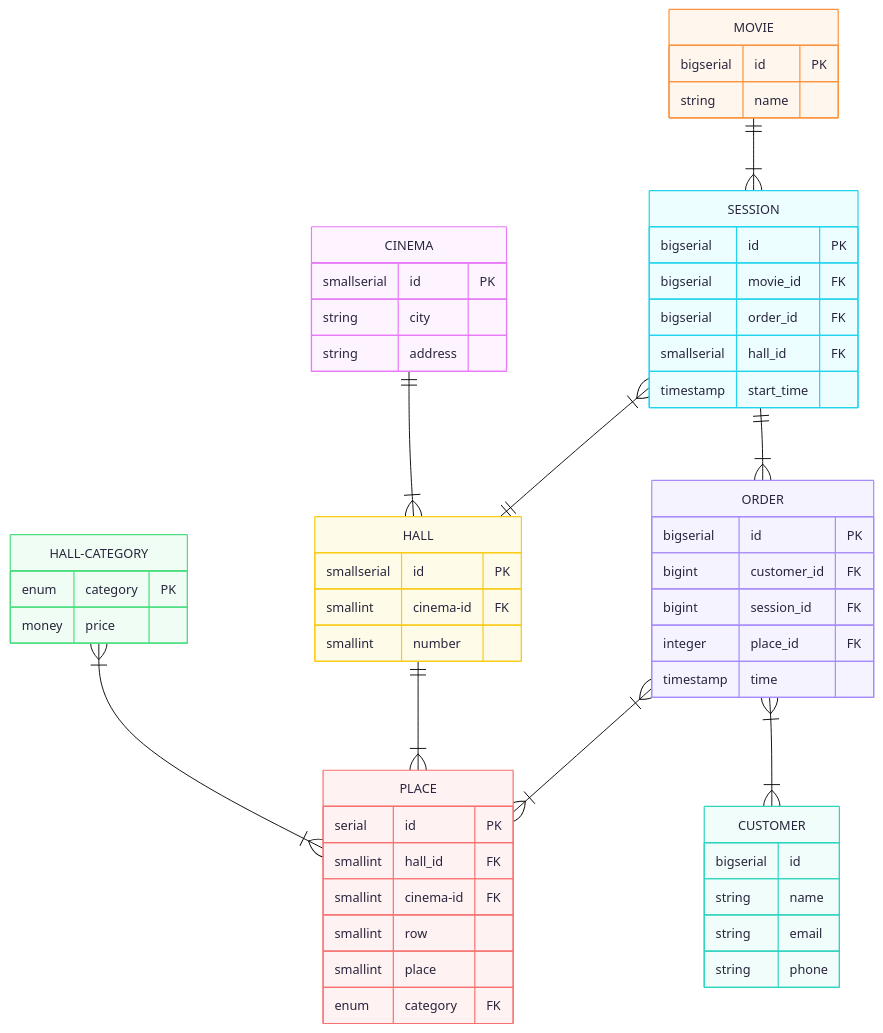
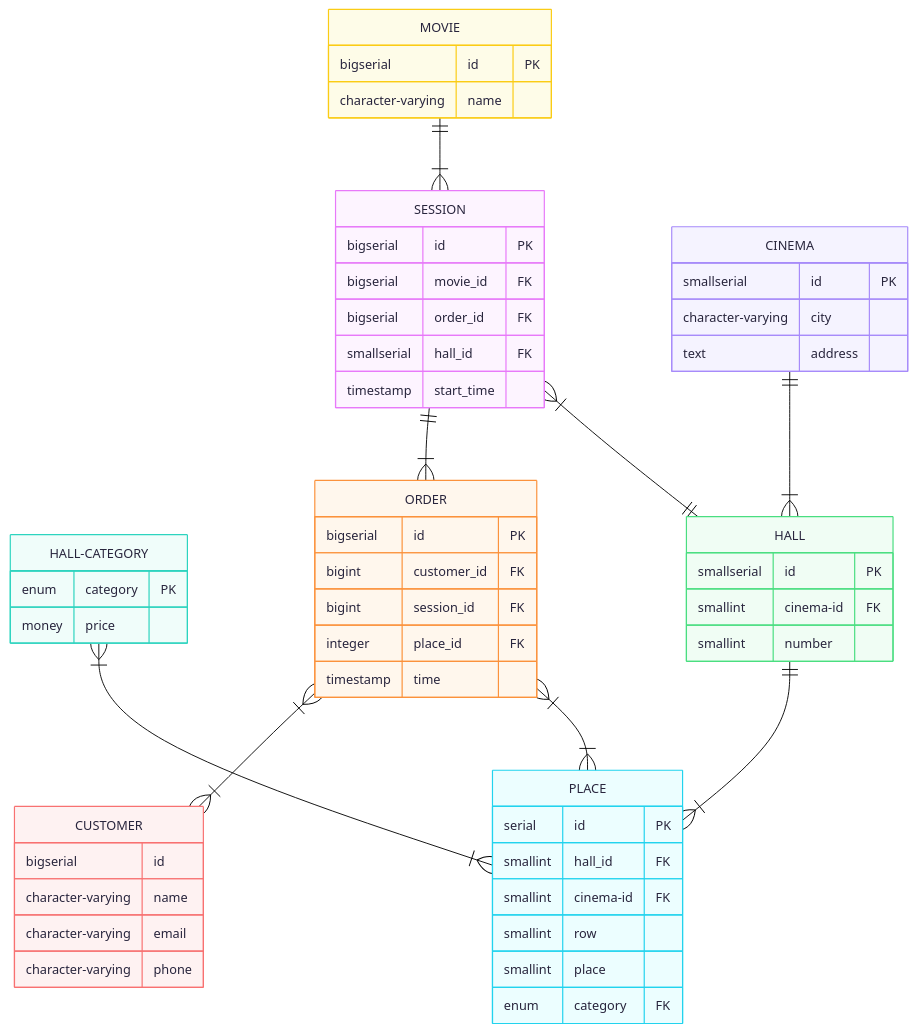
One commit to otusteamedu/PHP_2025 changed the diagram in cinema.mmd. Above: the diagram before and after it, drawn with Mermaid.

Commit message:
feat(database schema): Changed string data types in tables

```diff
--- a/cinema.mmd
+++ b/cinema.mmd
@@ -1,68 +1,68 @@
 ---
 config:
   theme: redux-color
 ---
 erDiagram
 	direction TB
-	CINEMA {
-		smallserial id PK ""
-		string city  ""
-		string address  ""
-	}
-
-	CUSTOMER {
-		bigserial id  ""
-		string name  ""
-		string email  ""
-		string phone  ""
-	}
-
-	MOVIE {
-		bigserial id PK ""
-		string name  ""
-	}
-
 	SESSION {
 		bigserial id PK ""
 		bigserial movie_id FK ""
 		bigserial order_id FK ""
 		smallserial hall_id FK ""
 		timestamp start_time  ""
 	}
 
 	HALL-CATEGORY {
 		enum category PK ""
 		money price  ""
 	}
 
 	ORDER {
 		bigserial id PK ""
 		bigint customer_id FK ""
 		bigint session_id FK ""
 		integer place_id FK ""
 		timestamp time  ""
 	}
 
 	PLACE {
 		serial id PK ""
 		smallint hall_id FK ""
 		smallint cinema-id FK ""
 		smallint row  ""
 		smallint place  ""
 		enum category FK ""
 	}
 
 	HALL {
 		smallserial id PK ""
 		smallint cinema-id FK ""
 		smallint number  ""
 	}
 
+	CINEMA {
+		smallserial id PK ""
+		character-varying city  ""
+		text address  ""
+	}
+
+	CUSTOMER {
+		bigserial id  ""
+		character-varying name  ""
+		character-varying email  ""
+		character-varying phone  ""
+	}
+
+	MOVIE {
+		bigserial id PK ""
+		character-varying name  ""
+	}
+
 	HALL-CATEGORY}|--|{PLACE:"  "
 	HALL||--|{PLACE:"  "
 	ORDER}|--|{CUSTOMER:"  "
 	SESSION||--|{ORDER:"  "
 	MOVIE||--|{SESSION:"  "
 	SESSION}|--||HALL:"  "
 	ORDER}|--|{PLACE:"  "
 	CINEMA||--|{HALL:"  "
```
